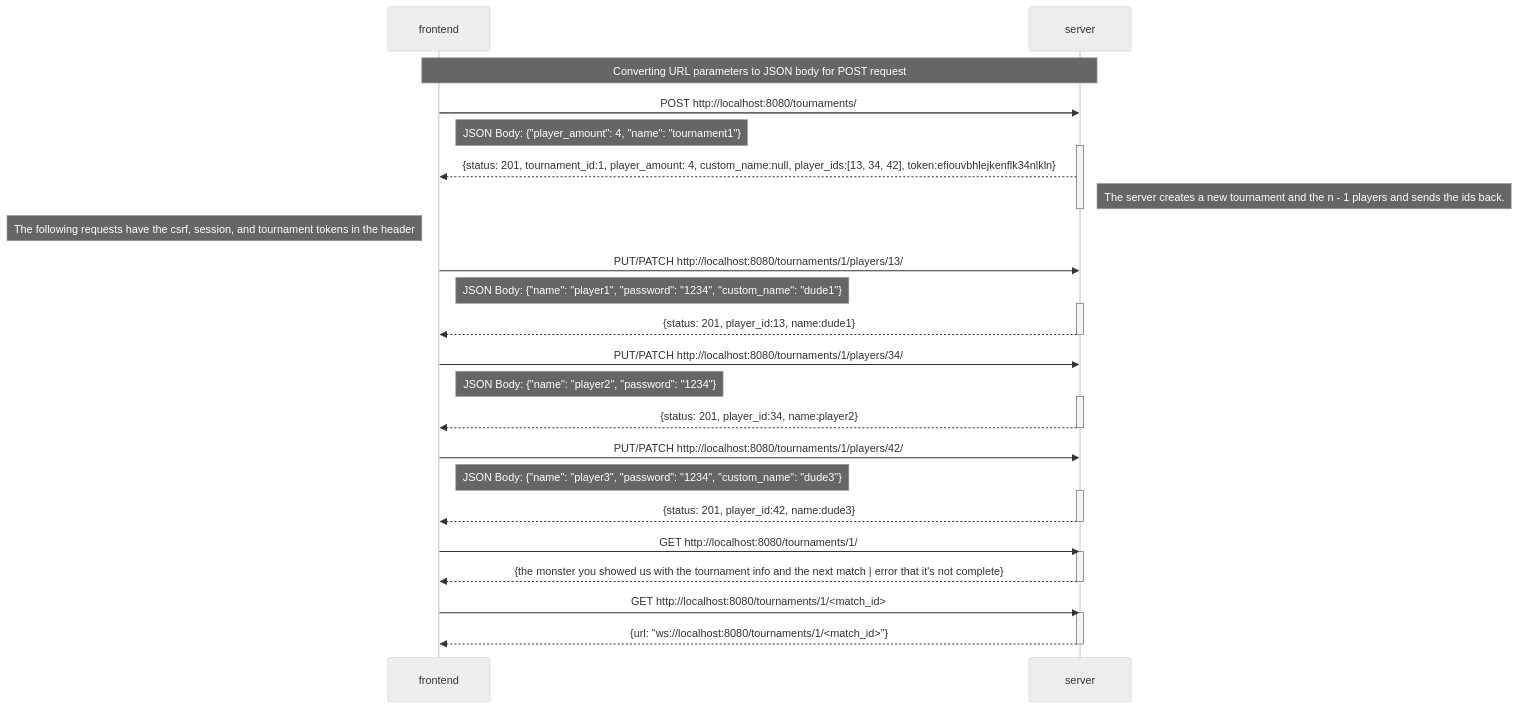
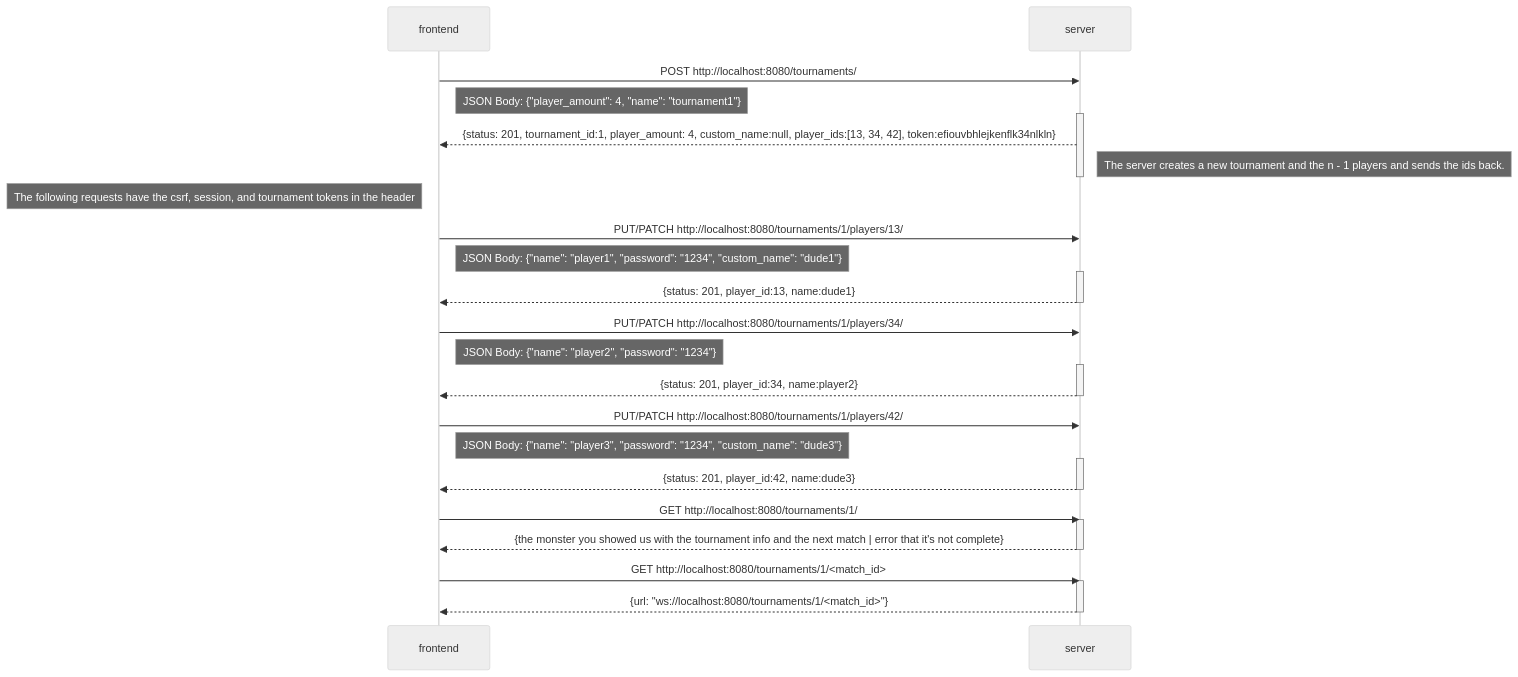
One commit to dorianjagusch/ft_transcendence changed the diagram in tournament_api.md. Above: the diagram before and after it, drawn with Mermaid (neutral theme).

Commit message:
removed gippity text

````diff
--- a/tournament_api.md
+++ b/tournament_api.md
@@ -1,43 +1,42 @@
 ```mermaid
 sequenceDiagram
     participant frontend
     participant server
 
-    Note over frontend,server: Converting URL parameters to JSON body for POST request
     frontend->>server: POST http://localhost:8080/tournaments/
     Note right of frontend: JSON Body: {"player_amount": 4, "name": "tournament1"}
     activate server
     server-->>frontend: {status: 201, tournament_id:1, player_amount: 4, custom_name:null, player_ids:[13, 34, 42], token:efiouvbhlejkenflk34nlkln}
     Note right of server: The server creates a new tournament and the n - 1 players and sends the ids back.
     deactivate server
 
     Note left of frontend: The following requests have the csrf, session, and tournament tokens in the header
     frontend->>server: PUT/PATCH http://localhost:8080/tournaments/1/players/13/
     Note right of frontend: JSON Body: {"name": "player1", "password": "1234", "custom_name": "dude1"}
     activate server
     server-->>frontend: {status: 201, player_id:13, name:dude1}
     deactivate server
 
     frontend->>server: PUT/PATCH http://localhost:8080/tournaments/1/players/34/
     Note right of frontend: JSON Body: {"name": "player2", "password": "1234"}
     activate server
     server-->>frontend: {status: 201, player_id:34, name:player2}
     deactivate server
 
     frontend->>server: PUT/PATCH http://localhost:8080/tournaments/1/players/42/
     Note right of frontend: JSON Body: {"name": "player3", "password": "1234", "custom_name": "dude3"}
     activate server
     server-->>frontend: {status: 201, player_id:42, name:dude3}
     deactivate server
 
     frontend->>server: GET http://localhost:8080/tournaments/1/
     activate server
     server-->>frontend: {the monster you showed us with the tournament info and the next match | error that it's not complete}
     deactivate server
 
 	frontend->>server: GET http://localhost:8080/tournaments/1/<match_id>
 	activate server
 	server-->>frontend: {url: "ws://localhost:8080/tournaments/1/<match_id>"}
 	deactivate server
 
 ```
````
